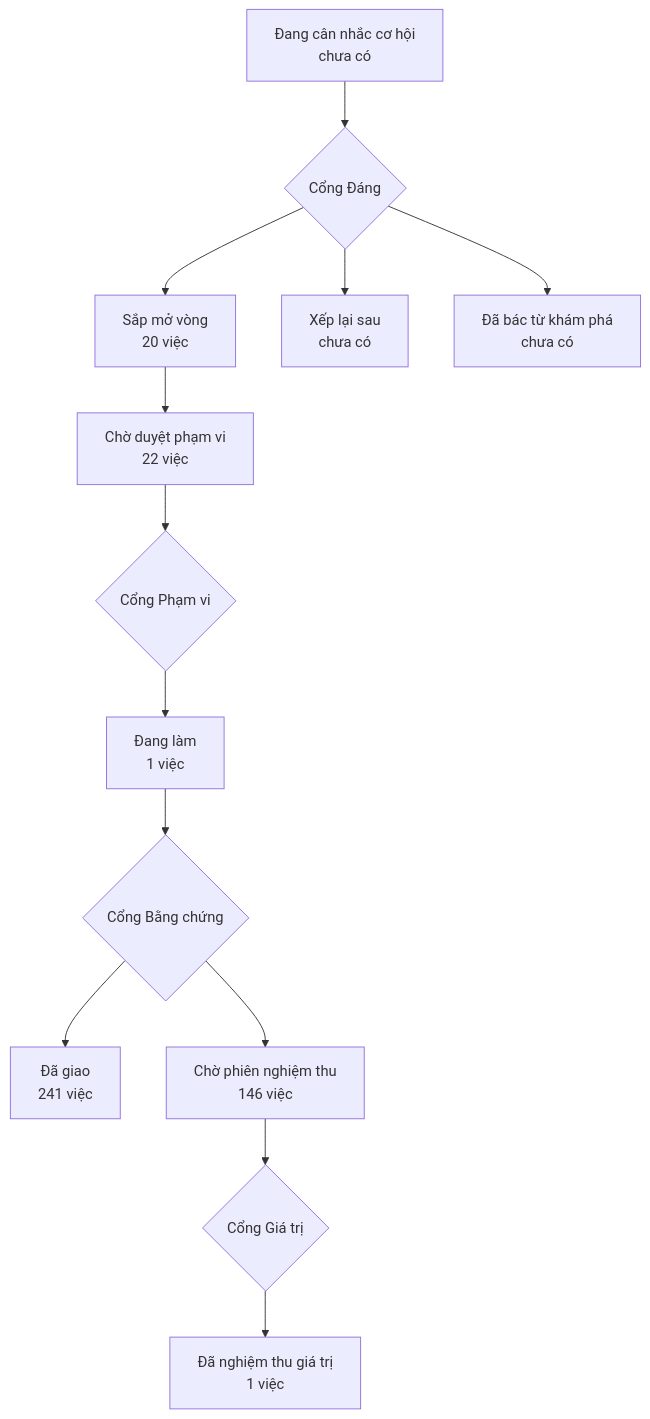
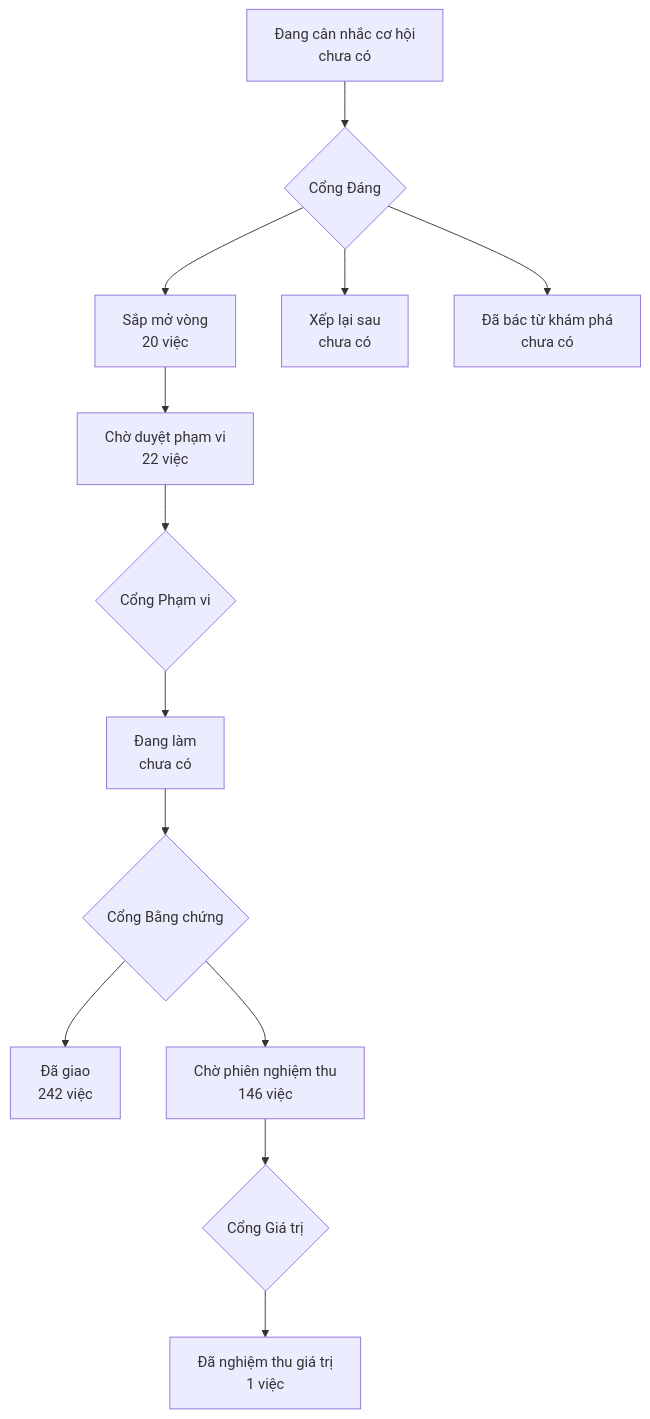
Before and after one commit to phanlemanh/onehub-invest: the diagram in PRODUCT-MAP.md, drawn with Mermaid. The commit also changed other lines of this file and 5 other files, not shown here.

````diff
--- a/PRODUCT-MAP.md
+++ b/PRODUCT-MAP.md
@@ -7,12 +7,12 @@
 ```mermaid
 flowchart TD
   A["Đang cân nhắc cơ hội<br/>chưa có"] --> GD{"Cổng Đáng"}
   GD --> B["Sắp mở vòng<br/>20 việc"]
   GD --> XL["Xếp lại sau<br/>chưa có"]
   GD --> DB["Đã bác từ khám phá<br/>chưa có"]
   B --> CD["Chờ duyệt phạm vi<br/>22 việc"] --> GP{"Cổng Phạm vi"}
-  GP --> DL["Đang làm<br/>1 việc"] --> GB{"Cổng Bằng chứng"}
-  GB --> DG["Đã giao<br/>241 việc"]
+  GP --> DL["Đang làm<br/>chưa có"] --> GB{"Cổng Bằng chứng"}
+  GB --> DG["Đã giao<br/>242 việc"]
   GB --> CN["Chờ phiên nghiệm thu<br/>146 việc"] --> GG{"Cổng Giá trị"}
   GG --> NT["Đã nghiệm thu giá trị<br/>1 việc"]
 ```
````
